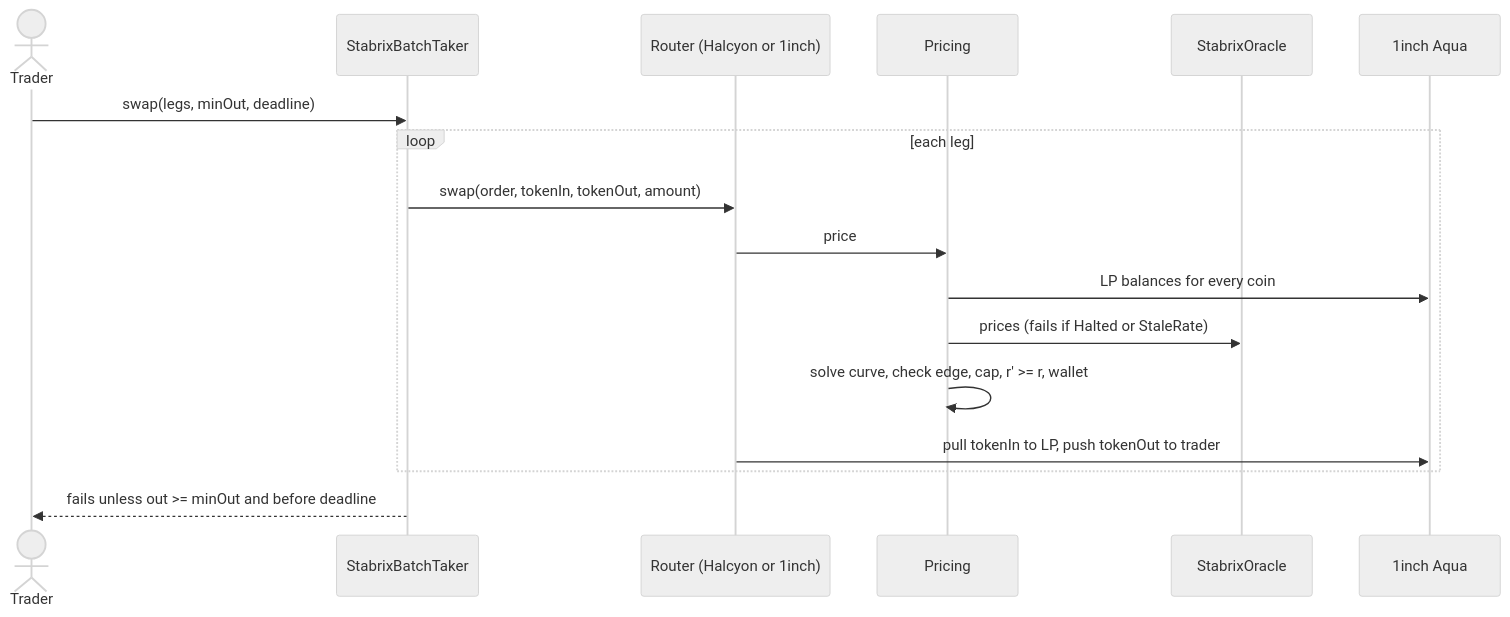
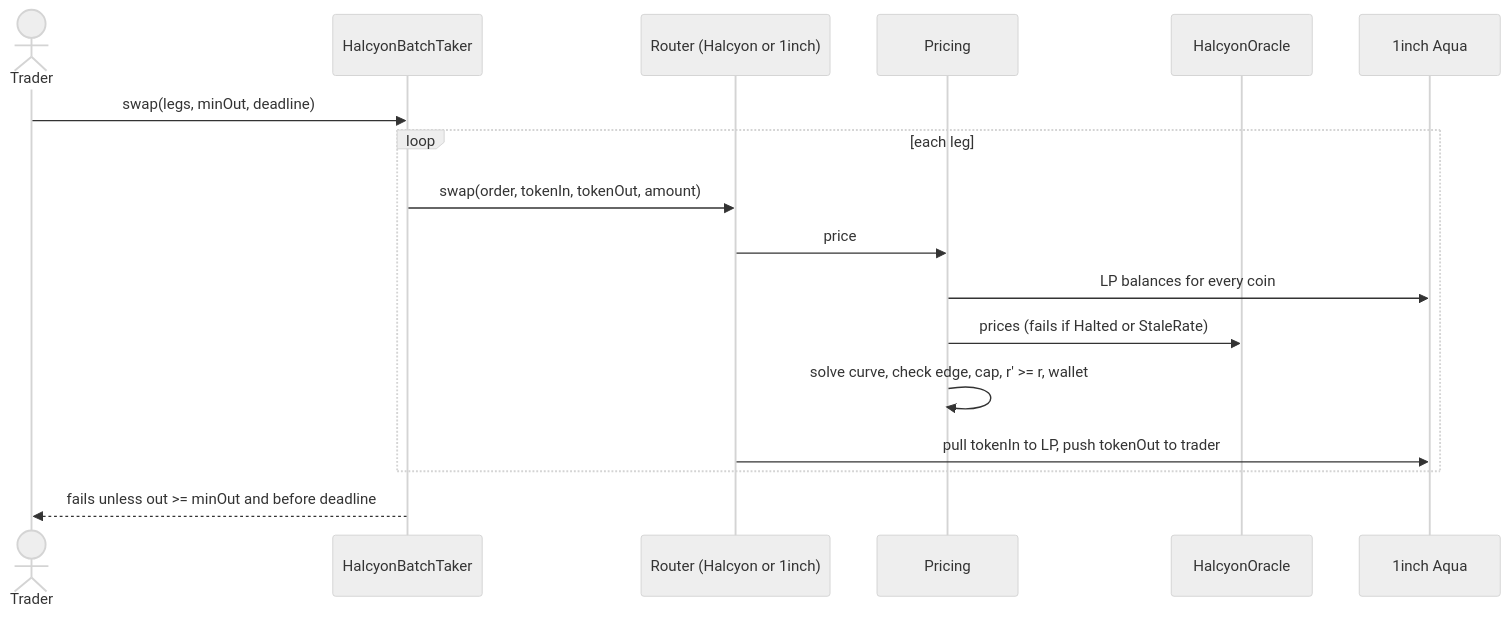
The fourth of 5 diagrams in README.md (cityata21-rgb/Peglo), drawn with Mermaid (neutral theme) before and after one commit. The commit also changed other lines of this file and 3 other files, not shown here.

````diff
--- a/README.md
+++ b/README.md
@@ -384,19 +386,19 @@
 ```mermaid
 sequenceDiagram
     actor U as Trader
-    participant BT as StabrixBatchTaker
+    participant BT as HalcyonBatchTaker
     participant R as Router (Halcyon or 1inch)
     participant P as Pricing
-    participant O as StabrixOracle
+    participant O as HalcyonOracle
     participant A as 1inch Aqua
     U->>BT: swap(legs, minOut, deadline)
     loop each leg
         BT->>R: swap(order, tokenIn, tokenOut, amount)
         R->>P: price
         P->>A: LP balances for every coin
         P->>O: prices (fails if Halted or StaleRate)
         P->>P: solve curve, check edge, cap, r' >= r, wallet
         R->>A: pull tokenIn to LP, push tokenOut to trader
     end
     BT-->>U: fails unless out >= minOut and before deadline
 ```
````
